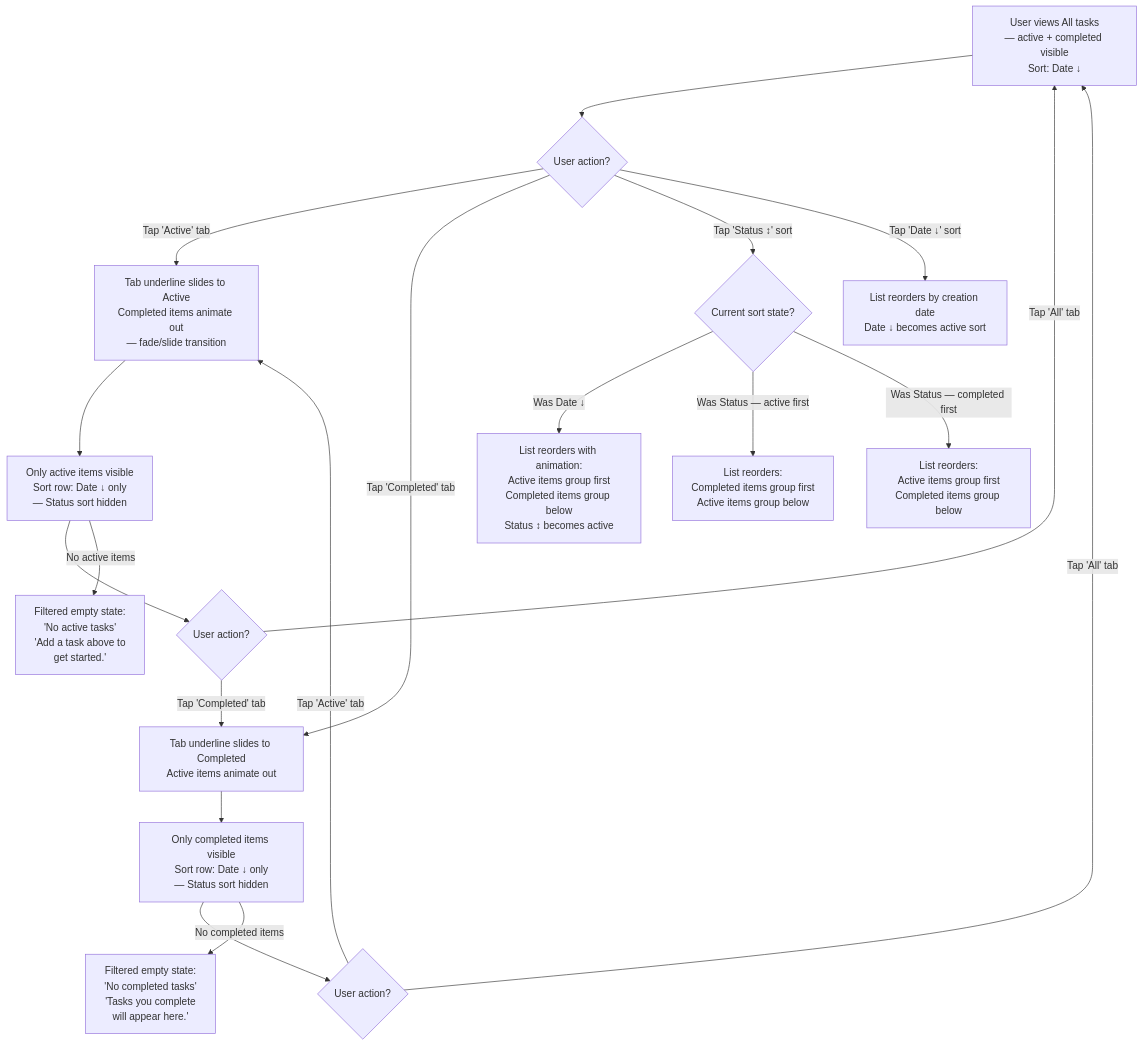
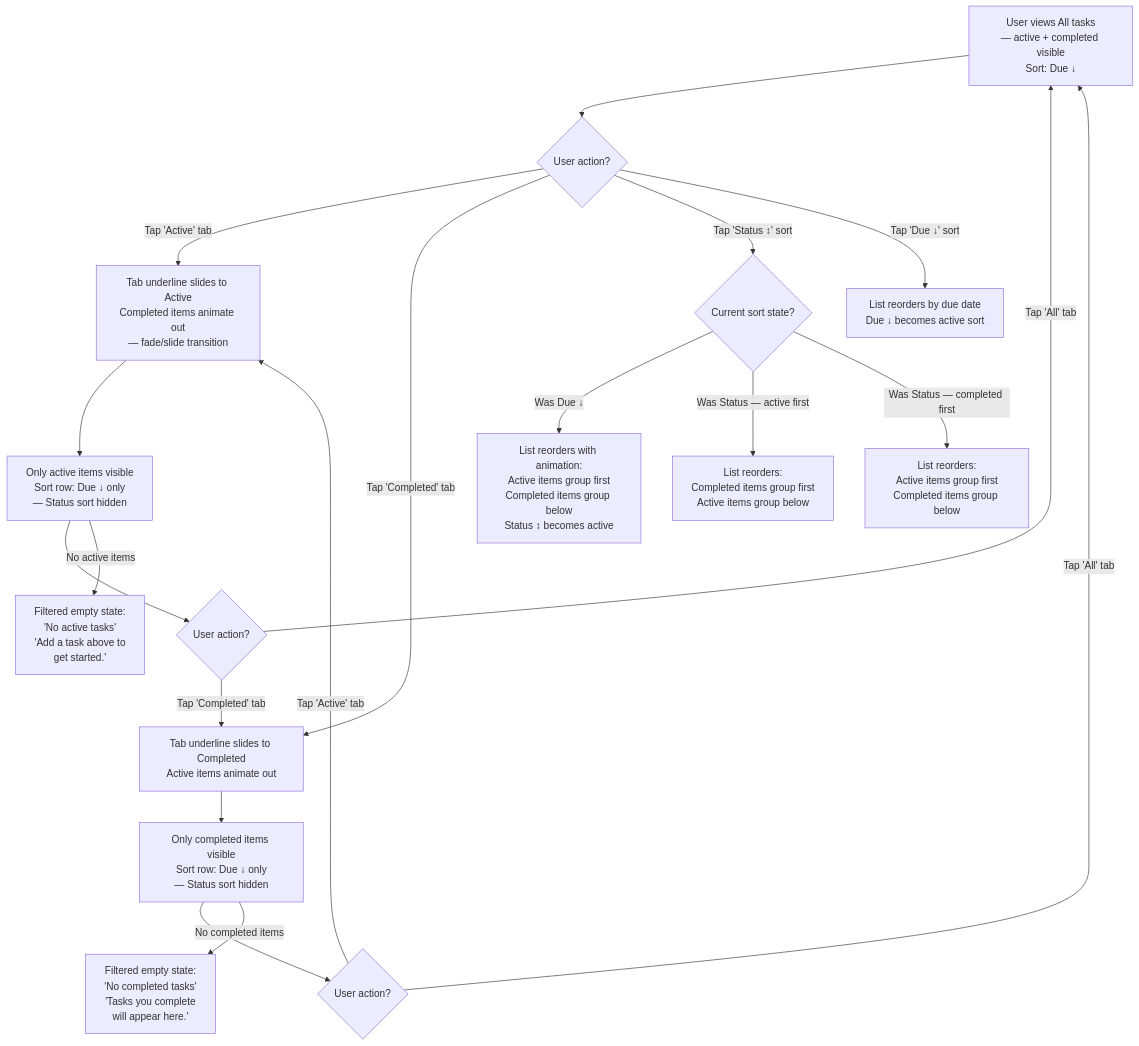
One commit to FabrizioRizzi/bmad-todo-app changed the third of 5 diagrams in _bmad-output/planning-artifacts/ux-design-specification.md. Above: the diagram before and after it, drawn with Mermaid. The commit also changed other lines of this file and 4 other files, not shown here.

Commit message:
feat: add architecture decision document for bmad-todo-app, detailing functional and non-functional requirements, UX-driven architectural decisions, and technical constraints

````diff
--- a/_bmad-output/planning-artifacts/ux-design-specification.md
+++ b/_bmad-output/planning-artifacts/ux-design-specification.md
@@ -723,26 +729,26 @@
 ```mermaid
 flowchart TD
-    A[User views All tasks<br/>— active + completed visible<br/>Sort: Date ↓] --> B{User action?}
+    A[User views All tasks<br/>— active + completed visible<br/>Sort: Due ↓] --> B{User action?}
 
     B -->|Tap 'Active' tab| C[Tab underline slides to Active<br/>Completed items animate out<br/>— fade/slide transition]
-    C --> D[Only active items visible<br/>Sort row: Date ↓ only<br/>— Status sort hidden]
+    C --> D[Only active items visible<br/>Sort row: Due ↓ only<br/>— Status sort hidden]
     D --> E{User action?}
     E -->|Tap 'All' tab| A
     E -->|Tap 'Completed' tab| F
 
     B -->|Tap 'Completed' tab| F[Tab underline slides to Completed<br/>Active items animate out]
-    F --> G[Only completed items visible<br/>Sort row: Date ↓ only<br/>— Status sort hidden]
+    F --> G[Only completed items visible<br/>Sort row: Due ↓ only<br/>— Status sort hidden]
     G --> H{User action?}
     H -->|Tap 'All' tab| A
     H -->|Tap 'Active' tab| C
 
     B -->|Tap 'Status ↕' sort| I{Current sort state?}
-    I -->|Was Date ↓| J[List reorders with animation:<br/>Active items group first<br/>Completed items group below<br/>Status ↕ becomes active]
+    I -->|Was Due ↓| J[List reorders with animation:<br/>Active items group first<br/>Completed items group below<br/>Status ↕ becomes active]
     I -->|Was Status — active first| K[List reorders:<br/>Completed items group first<br/>Active items group below]
     I -->|Was Status — completed first| L[List reorders:<br/>Active items group first<br/>Completed items group below]
 
-    B -->|Tap 'Date ↓' sort| M[List reorders by creation date<br/>Date ↓ becomes active sort]
+    B -->|Tap 'Due ↓' sort| M[List reorders by due date<br/>Due ↓ becomes active sort]
 
     G -->|No completed items| N[Filtered empty state:<br/>'No completed tasks'<br/>'Tasks you complete<br/>will appear here.']
     D -->|No active items| O[Filtered empty state:<br/>'No active tasks'<br/>'Add a task above to<br/>get started.']
 ```
````
